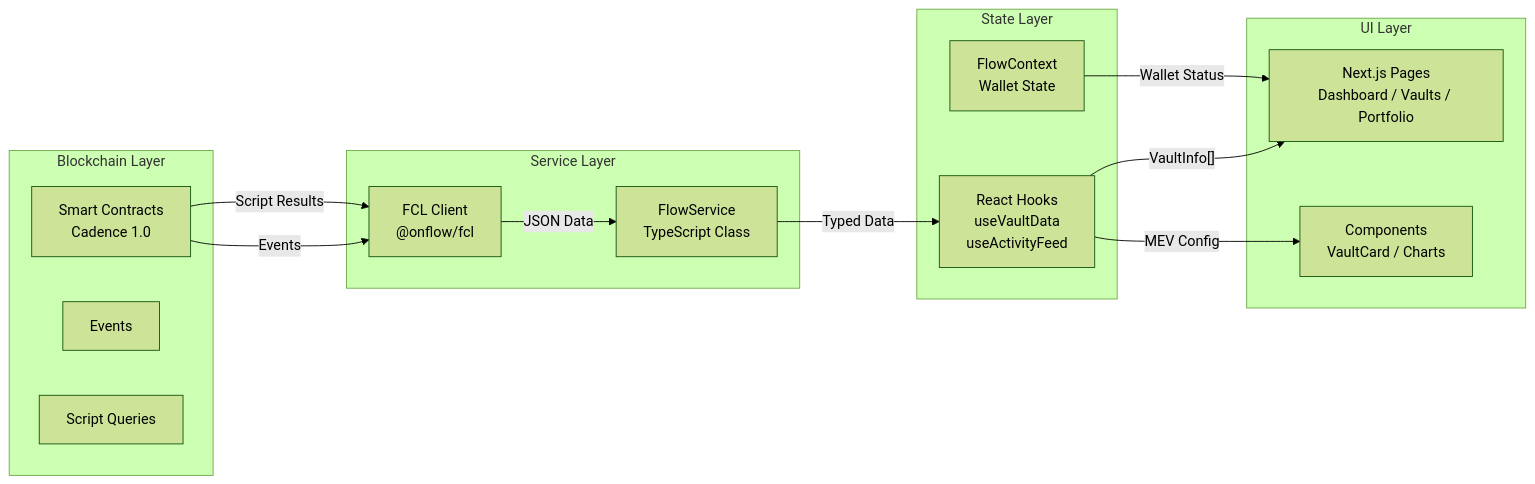
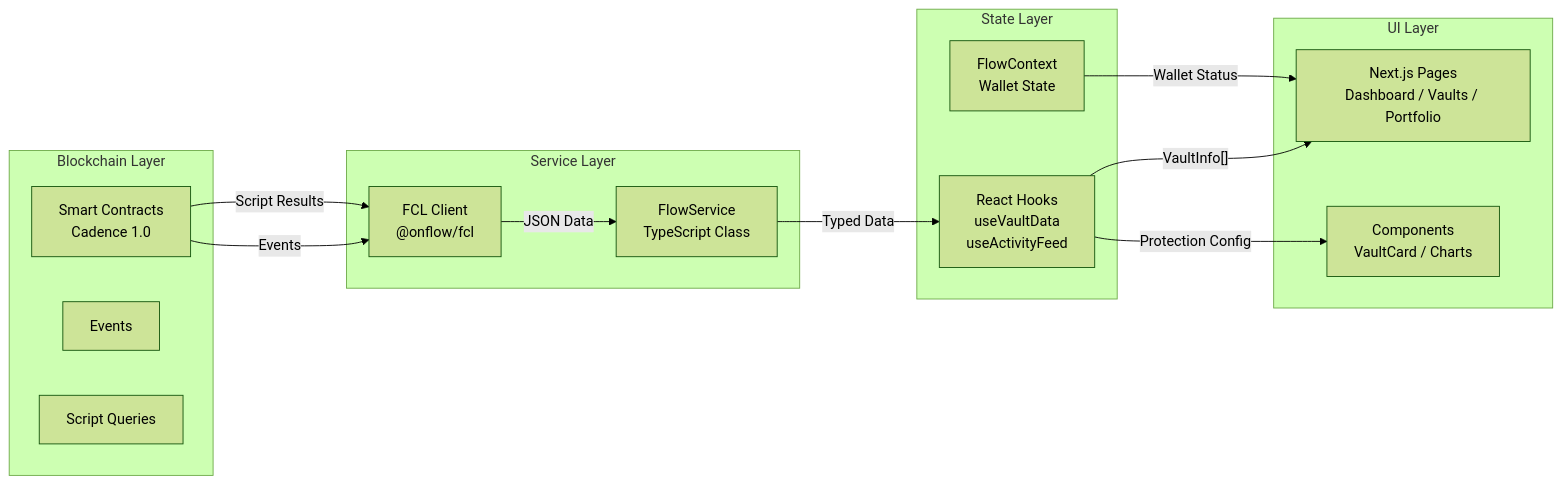
Before and after one commit to Aaditya1273/Flow-Sentinel: the first of 2 diagrams in README.md, drawn with Mermaid (forest theme). The commit also changed other lines of this file, not shown here.

````diff
--- a/README.md
+++ b/README.md
@@ -180,31 +180,31 @@
 ```mermaid
 graph LR
     subgraph "Blockchain Layer"
         SC[Smart Contracts<br/>Cadence 1.0]
         EV[Events]
         ST[Script Queries]
     end
 
     subgraph "Service Layer"
         FCL[FCL Client<br/>@onflow/fcl]
         FSV[FlowService<br/>TypeScript Class]
     end
 
     subgraph "State Layer"
         Hooks[React Hooks<br/>useVaultData<br/>useActivityFeed]
         CTX[FlowContext<br/>Wallet State]
     end
 
     subgraph "UI Layer"
         Pages[Next.js Pages<br/>Dashboard / Vaults / Portfolio]
         Comp[Components<br/>VaultCard / Charts]
     end
 
     SC -- Events --> FCL
     SC -- Script Results --> FCL
     FCL -- JSON Data --> FSV
     FSV -- Typed Data --> Hooks
     Hooks -- VaultInfo[] --> Pages
-    Hooks -- MEV Config --> Comp
+    Hooks -- Protection Config --> Comp
     CTX -- Wallet Status --> Pages
 ```
````
